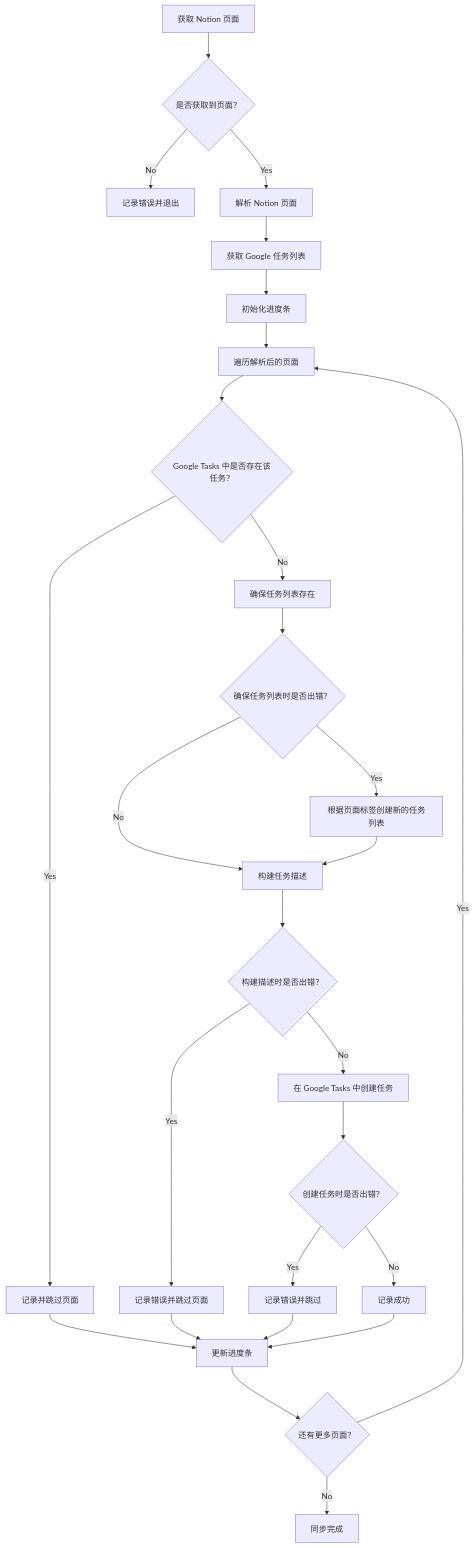
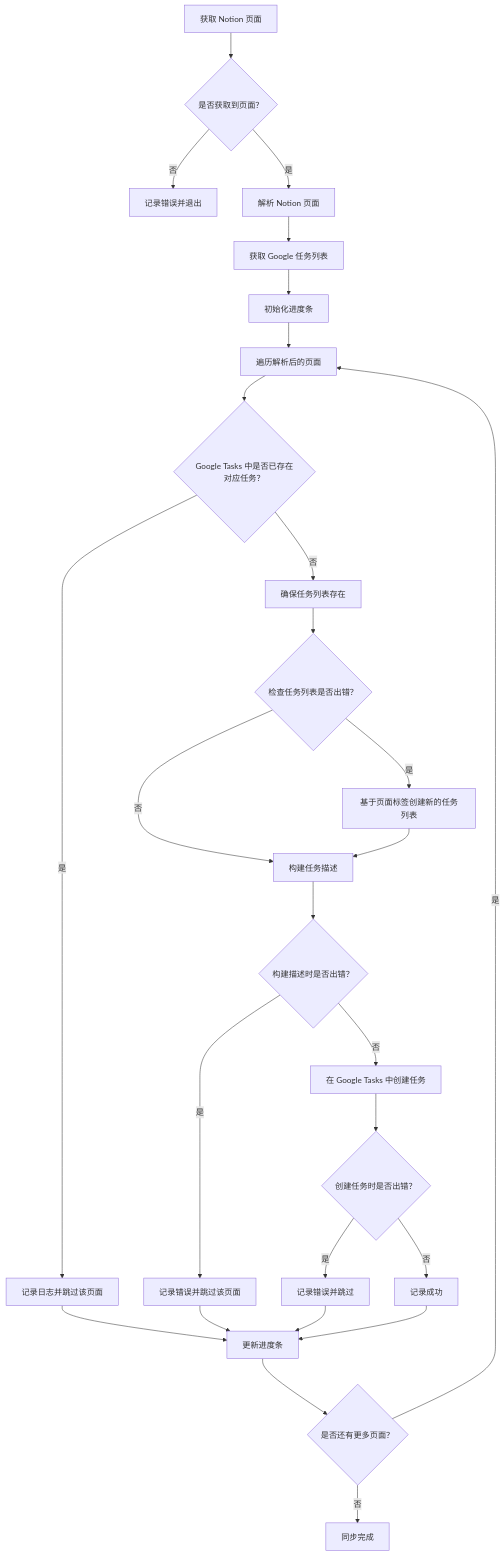
One commit to MarcChen/marcchen.github.io changed the second of 2 diagrams in content/posts/Codelab/Notion2googletask/index.zh-cn.md. Above: the diagram before and after it, drawn with Mermaid. The commit also changed other lines of this file and 2 other files, not shown here.

Commit message:
updated notion2task posts

```diff
--- a/content/posts/Codelab/Notion2googletask/index.zh-cn.md
+++ b/content/posts/Codelab/Notion2googletask/index.zh-cn.md
@@ -278,37 +69,30 @@
 {{< mermaid align="center">}}
 graph TD
 
    A1[获取 Notion 页面] --> B1{是否获取到页面？}
-   B1 -->|No| D1[记录错误并退出]
-   B1 -->|Yes| E1[解析 Notion 页面]
+   B1 -->|否| D1[记录错误并退出]
+   B1 -->|是| E1[解析 Notion 页面]
    E1 --> F1[获取 Google 任务列表]
    F1 --> G1[初始化进度条]
    G1 --> H1[遍历解析后的页面]
-
-   H1 --> I1{Google Tasks 中是否存在该任务？}
-   I1 -->|Yes| J1[记录并跳过页面]
-   I1 -->|No| K1[确保任务列表存在]
-
-   K1 --> L1{确保任务列表时是否出错？}
-   L1 -->|Yes| M1[根据页面标签创建新的任务列表]
-   L1 -->|No| N1[构建任务描述]
-
+   H1 --> I1{Google Tasks 中是否已存在对应任务？}
+   I1 -->|是| J1[记录日志并跳过该页面]
+   I1 -->|否| K1[确保任务列表存在]
+   K1 --> L1{检查任务列表是否出错？}
+   L1 -->|是| M1[基于页面标签创建新的任务列表]
+   L1 -->|否| N1[构建任务描述]
    M1 --> N1
-
    N1 --> O1{构建描述时是否出错？}
-   O1 -->|Yes| P1[记录错误并跳过页面]
-   O1 -->|No| newLines1[在 Google Tasks 中创建任务]
-
+   O1 -->|是| P1[记录错误并跳过该页面]
+   O1 -->|否| newLines1[在 Google Tasks 中创建任务]
    newLines1 --> R1{创建任务时是否出错？}
-   R1 -->|Yes| S1[记录错误并跳过]
-   R1 -->|No| T1[记录成功]
-
+   R1 -->|是| S1[记录错误并跳过]
+   R1 -->|否| T1[记录成功]
    J1 --> U1[更新进度条]
    P1 --> U1
    S1 --> U1
    T1 --> U1
-
-   U1 --> V1{还有更多页面？}
-   V1 -->|Yes| H1
-   V1 -->|No| W1[同步完成]
+   U1 --> V1{是否还有更多页面？}
+   V1 -->|是| H1
+   V1 -->|否| W1[同步完成]
 {{< /mermaid >}}
```
